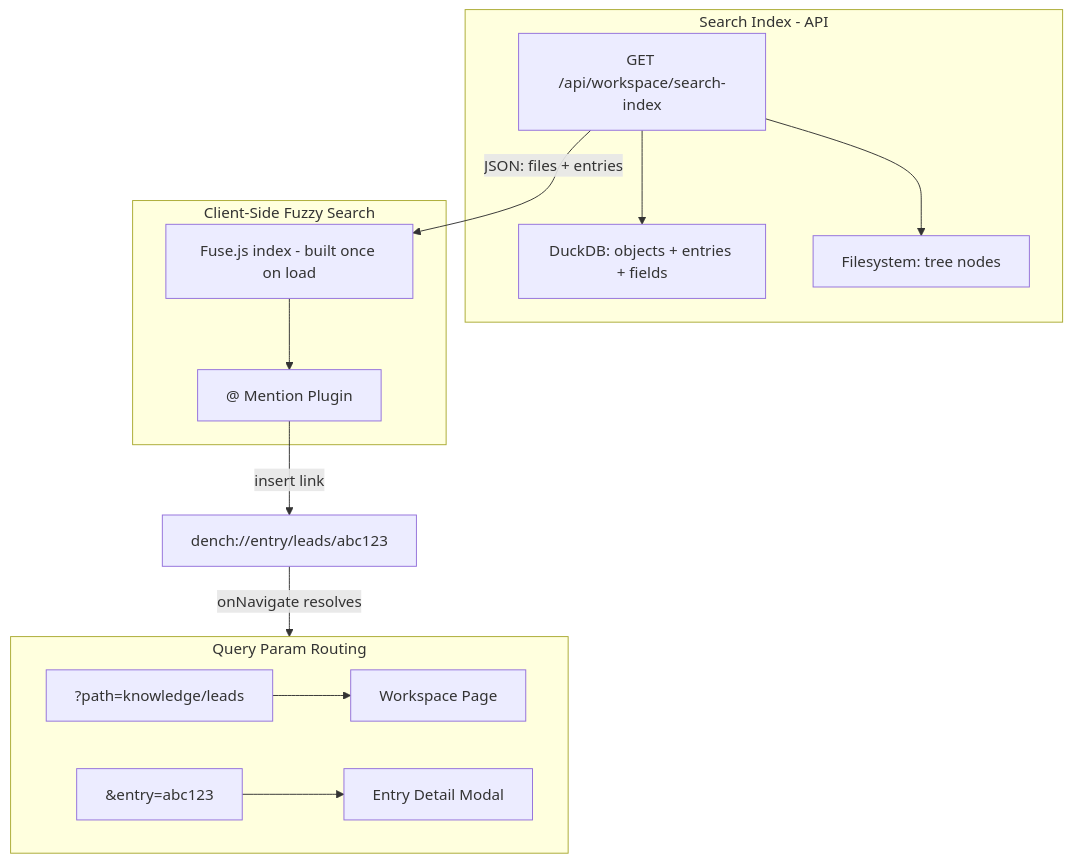
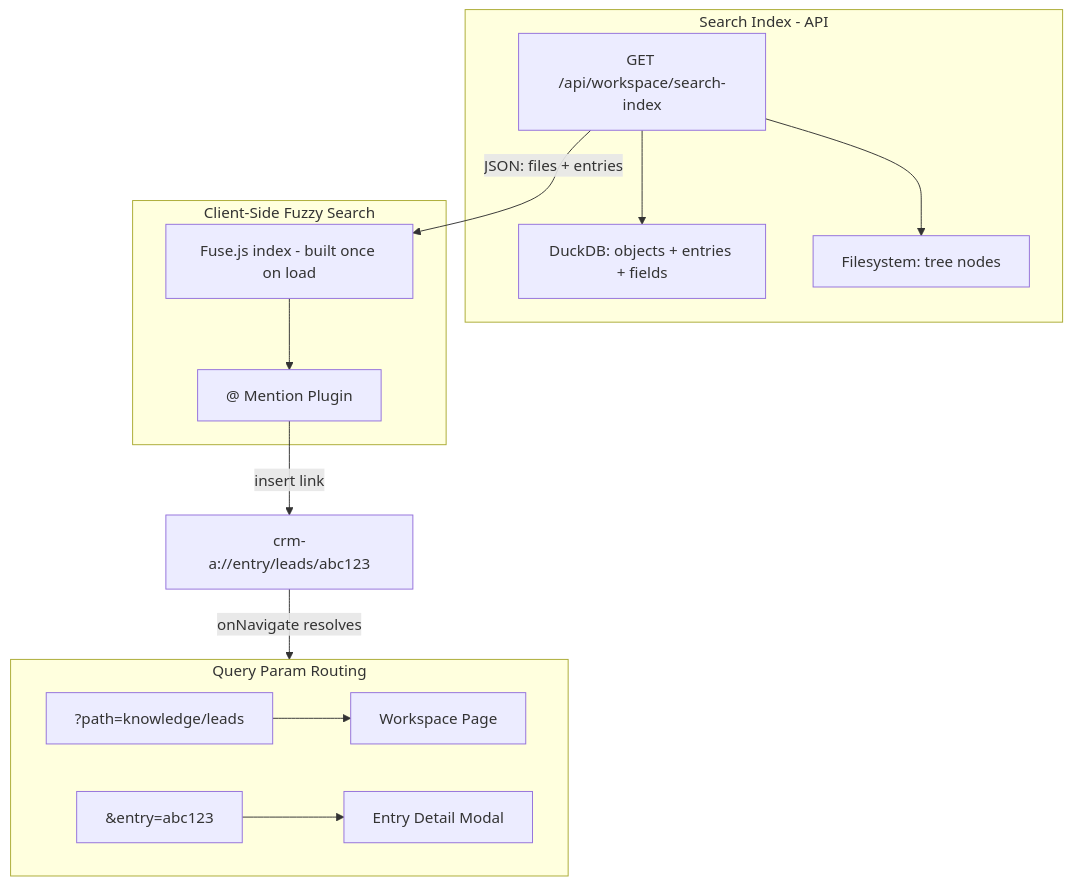
One commit to TopCS/crmaconsole changed the diagram in .cursor/plans/mention_search_and_entry_modals_8a47eefc.plan.md. Above: the diagram before and after it, drawn with Mermaid. The commit also changed 388 other files, not shown here.

First line of the commit message:
Rename project from DenchClaw to Crm-A Console

````diff
--- a/.cursor/plans/mention_search_and_entry_modals_8a47eefc.plan.md
+++ b/.cursor/plans/mention_search_and_entry_modals_8a47eefc.plan.md
@@ -51,27 +51,27 @@
 ```mermaid
 flowchart TB
   subgraph searchIndex [Search Index - API]
     searchEndpoint["GET /api/workspace/search-index"]
     duckdb["DuckDB: objects + entries + fields"]
     tree["Filesystem: tree nodes"]
     searchEndpoint --> duckdb
     searchEndpoint --> tree
   end
 
   subgraph clientSearch [Client-Side Fuzzy Search]
     fuseIndex["Fuse.js index - built once on load"]
     mentionPlugin["@ Mention Plugin"]
     fuseIndex --> mentionPlugin
   end
 
   subgraph routing [Query Param Routing]
     pathParam["?path=knowledge/leads"]
     entryParam["&entry=abc123"]
     pathParam --> workspacePage["Workspace Page"]
     entryParam --> entryModal["Entry Detail Modal"]
   end
 
   searchEndpoint -->|"JSON: files + entries"| fuseIndex
-  mentionPlugin -->|"insert link"| internalLink["dench://entry/leads/abc123"]
+  mentionPlugin -->|"insert link"| internalLink["crm-a://entry/leads/abc123"]
   internalLink -->|"onNavigate resolves"| routing
 ```
````
